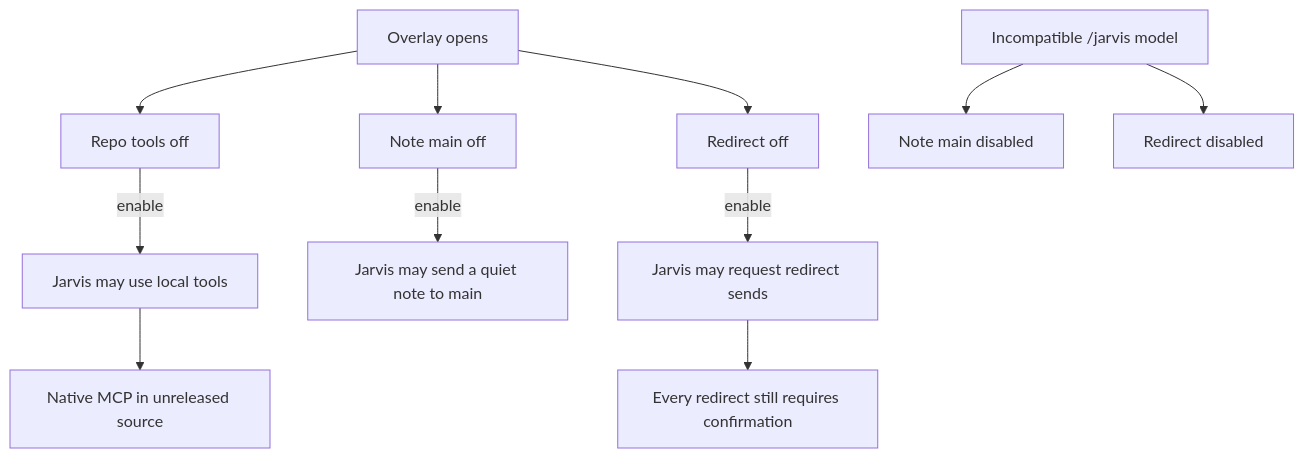
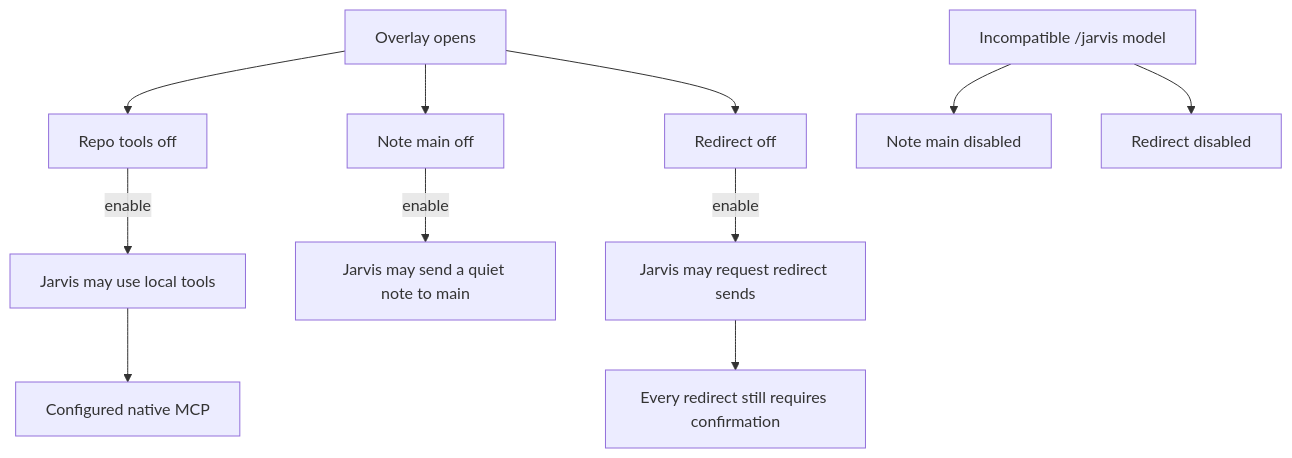
The fourth of 5 diagrams in README.md (crustyhacker/pi-jarvis), drawn with Mermaid before and after one commit. The commit also changed other lines of this file and 9 other files, not shown here.

````diff
--- a/README.md
+++ b/README.md
@@ -255,16 +255,16 @@
 ```mermaid
 flowchart TD
     A[Overlay opens] --> B[Repo tools off]
     A --> C[Note main off]
     A --> D[Redirect off]
 
     B -->|enable| E[Jarvis may use local tools]
-    E --> H[Native MCP in unreleased source]
+    E --> H[Configured native MCP]
 
     C -->|enable| I[Jarvis may send a quiet note to main]
     D -->|enable| J[Jarvis may request redirect sends]
     J --> K[Every redirect still requires confirmation]
 
     L[Incompatible /jarvis model] --> M[Note main disabled]
     L --> N[Redirect disabled]
 ```
````
